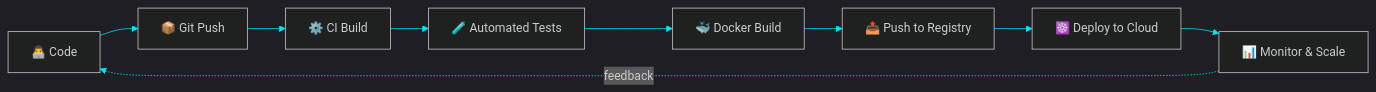
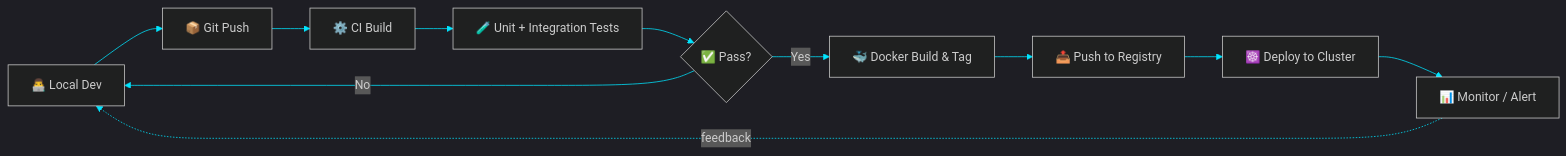
Before and after one commit to dev-omkarbiradar/dev-omkarbiradar: the diagram in README.md, drawn with Mermaid. The commit also changed other lines of this file, not shown here.

````diff
--- a/README.md
+++ b/README.md
@@ -51,12 +76,14 @@
 ```mermaid
 %%{init: {'theme':'dark', 'themeVariables': {'primaryColor':'#0f2027','primaryTextColor':'#00E5FF','primaryBorderColor':'#00E5FF','lineColor':'#00E5FF','secondaryColor':'#203A43','tertiaryColor':'#16222A'}}}%%
 flowchart LR
-    A["👨‍💻 Code"] --> B["📦 Git Push"]
+    A["👨‍💻 Local Dev"] --> B["📦 Git Push"]
     B --> C["⚙️ CI Build"]
-    C --> D["🧪 Automated Tests"]
-    D --> E["🐳 Docker Build"]
-    E --> F["📤 Push to Registry"]
-    F --> G["☸️ Deploy to Cloud"]
-    G --> H["📊 Monitor & Scale"]
-    H -.feedback.-> A
+    C --> D["🧪 Unit + Integration Tests"]
+    D --> E{"✅ Pass?"}
+    E -- No --> A
+    E -- Yes --> F["🐳 Docker Build & Tag"]
+    F --> G["📤 Push to Registry"]
+    G --> H["☸️ Deploy to Cluster"]
+    H --> I["📊 Monitor / Alert"]
+    I -.feedback.-> A
 ```
````
